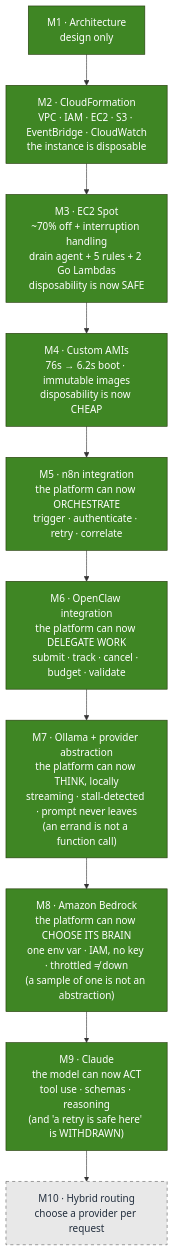
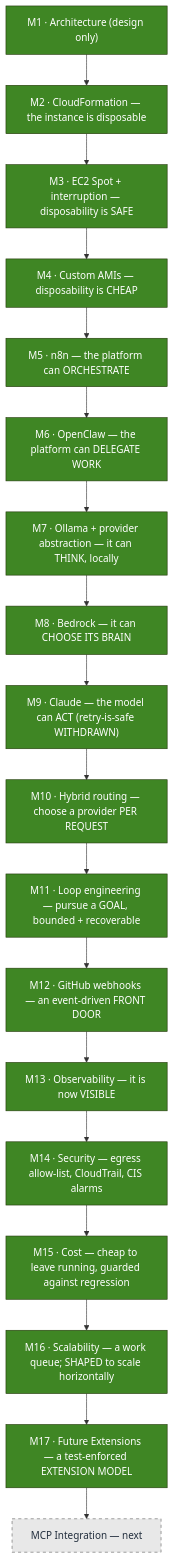
The fourth of 4 diagrams in docs/architecture/current-architecture.md (teddynted/designing-an-ai-agent-platform-on-aws), drawn with Mermaid before and after one commit. The commit also changed other lines of this file and 1 other file, not shown here.

First line of the commit message:
docs(architecture): refresh living diagrams to Milestone 17

````diff
--- a/docs/architecture/current-architecture.md
+++ b/docs/architecture/current-architecture.md
@@ -287,18 +313,26 @@
 ```mermaid
 flowchart TB
-    m1["M1 · Architecture<br/>design only"] --> m2
-    m2["M2 · CloudFormation<br/>VPC · IAM · EC2 · S3 · EventBridge · CloudWatch<br/>the instance is disposable"] --> m3
-    m3["M3 · EC2 Spot<br/>~70% off + interruption handling<br/>drain agent + 5 rules + 2 Go Lambdas<br/>disposability is now SAFE"] --> m4
-    m4["M4 · Custom AMIs<br/>76s → 6.2s boot · immutable images<br/>disposability is now CHEAP"] --> m5
-    m5["M5 · n8n integration<br/>the platform can now ORCHESTRATE<br/>trigger · authenticate · retry · correlate"] --> m6
-    m6["M6 · OpenClaw integration<br/>the platform can now DELEGATE WORK<br/>submit · track · cancel · budget · validate"] --> m7
-    m7["M7 · Ollama + provider abstraction<br/>the platform can now THINK, locally<br/>streaming · stall-detected · prompt never leaves<br/>(an errand is not a function call)"] --> m8
-    m8["M8 · Amazon Bedrock<br/>the platform can now CHOOSE ITS BRAIN<br/>one env var · IAM, no key · throttled ≠ down<br/>(a sample of one is not an abstraction)"] --> m9
-    m9["M9 · Claude<br/>the model can now ACT<br/>tool use · schemas · reasoning<br/>(and 'a retry is safe here' is WITHDRAWN)"] --> m10
+    m1["M1 · Architecture (design only)"] --> m2
+    m2["M2 · CloudFormation — the instance is disposable"] --> m3
+    m3["M3 · EC2 Spot + interruption — disposability is SAFE"] --> m4
+    m4["M4 · Custom AMIs — disposability is CHEAP"] --> m5
+    m5["M5 · n8n — the platform can ORCHESTRATE"] --> m6
+    m6["M6 · OpenClaw — the platform can DELEGATE WORK"] --> m7
+    m7["M7 · Ollama + provider abstraction — it can THINK, locally"] --> m8
+    m8["M8 · Bedrock — it can CHOOSE ITS BRAIN"] --> m9
+    m9["M9 · Claude — the model can ACT (retry-is-safe WITHDRAWN)"] --> m10
+    m10["M10 · Hybrid routing — choose a provider PER REQUEST"] --> m11
+    m11["M11 · Loop engineering — pursue a GOAL, bounded + recoverable"] --> m12
+    m12["M12 · GitHub webhooks — an event-driven FRONT DOOR"] --> m13
+    m13["M13 · Observability — it is now VISIBLE"] --> m14
+    m14["M14 · Security — egress allow-list, CloudTrail, CIS alarms"] --> m15
+    m15["M15 · Cost — cheap to leave running, guarded against regression"] --> m16
+    m16["M16 · Scalability — a work queue; SHAPED to scale horizontally"] --> m17
+    m17["M17 · Future Extensions — a test-enforced EXTENSION MODEL"] --> mcp
 
-    m10["M10 · Hybrid routing<br/>choose a provider per request"]:::next
+    mcp["MCP Integration — next"]:::next
 
     classDef done fill:#3F8624,stroke:#243B0B,color:#FFFFFF
     classDef next fill:#E8E8E8,stroke:#666,color:#232F3E,stroke-dasharray: 5 5
-    class m1,m2,m3,m4,m5,m6,m7,m8,m9 done
+    class m1,m2,m3,m4,m5,m6,m7,m8,m9,m10,m11,m12,m13,m14,m15,m16,m17 done
 ```
````
